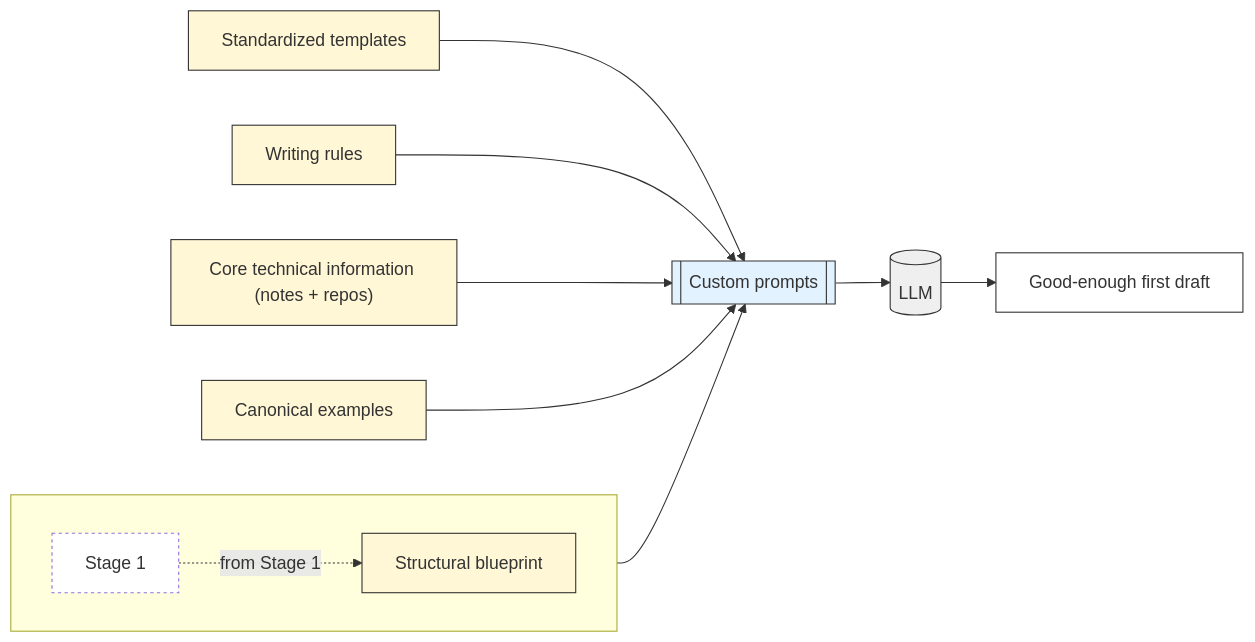
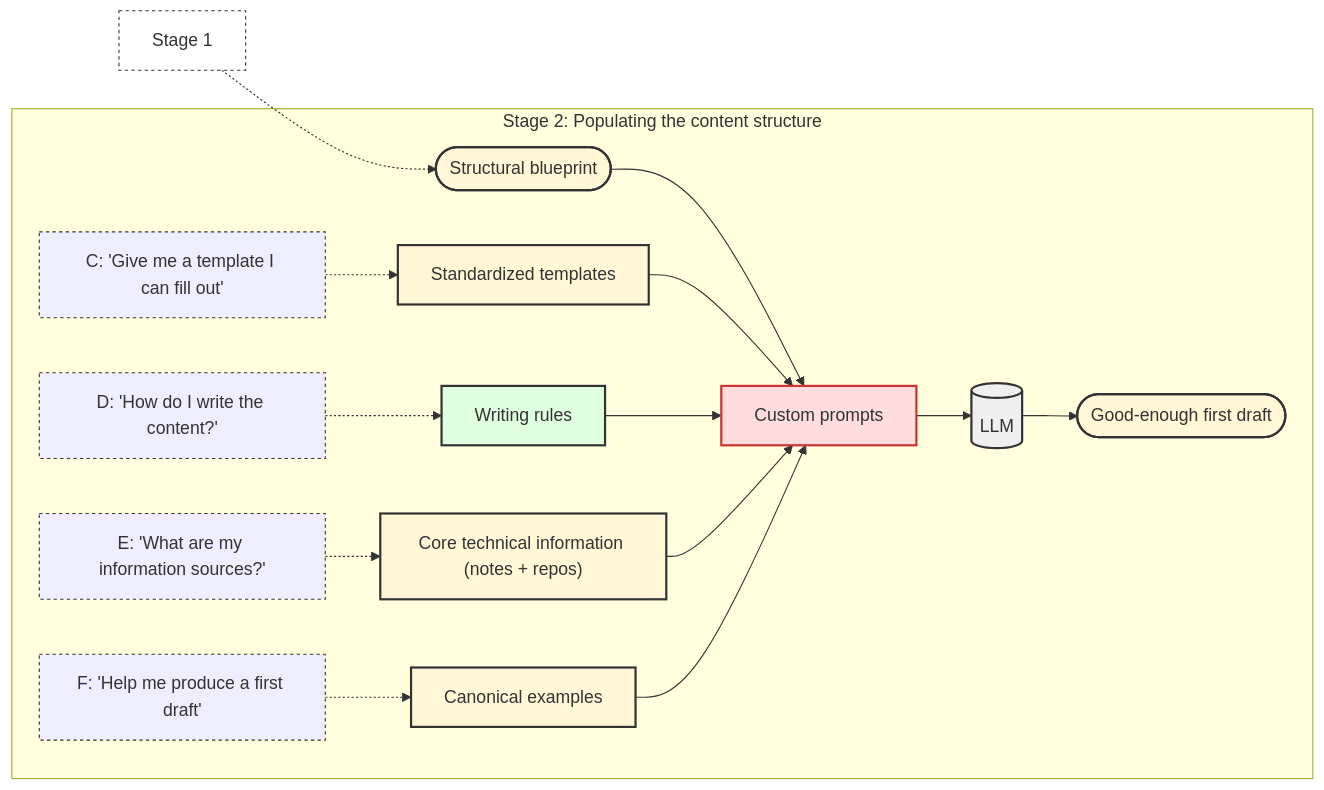
Before and after one commit to status-im/ift-docs: the second of 4 diagrams in docs-standards/00-end-to-end-documentation-guide.md, drawn with Mermaid. The commit also changed other lines of this file, not shown here.

Commit message:
(#44) content fixes and updates

````diff
--- a/docs-standards/00-end-to-end-documentation-guide.md
+++ b/docs-standards/00-end-to-end-documentation-guide.md
@@ -64,27 +75,29 @@
 ```mermaid
 flowchart LR
-%% Stage 2 (Populating the content structure)
+    subgraph Stage2["Stage 2: Populating the content structure"]
+        SB([Structural blueprint]):::artifact --> CP[Custom prompts]:::action
+        T["Standardized templates"]:::artifact --> CP
+        W["Writing rules"]:::tool --> CP
+        I["Core technical information (notes + repos)"]:::artifact --> CP
+        X["Canonical examples"]:::artifact --> CP
 
-subgraph S1[ ]
-  direction LR
-  Stage1[Stage&nbsp;1]:::stage
-  SB[Structural blueprint]:::artifact
-  Stage1 -. from Stage 1 .-> SB
-end
+        CP --> LLM[(LLM)]:::process --> GD([Good-enough first draft]):::artifact
 
-T["Standardized templates"]:::artifact --> CP
-W["Writing rules"]:::artifact --> CP
-I["Core technical information (notes&nbsp;+&nbsp;repos)"]:::artifact --> CP
-X["Canonical examples"]:::artifact --> CP
-SB --> CP
+        %% Supporting questions
+        TQ["C: 'Give me a template I can fill out'"]:::support -.-> T
+        WQ["D: 'How do I write the content?'"]:::support -.-> W
+        IQ["E: 'What are my information sources?'"]:::support -.-> I
+        XQ["F: 'Help me produce a first draft'"]:::support -.-> X
+    end
 
-CP[[Custom prompts]]:::prompt --> LLM
-LLM[(LLM)]:::process --> GD["Good-enough first draft"]:::output
+    %% Stage 1 shown outside with dashed connection
+    Stage1["Stage 1"]:::stage -.-> SB
 
-%% Styles
-classDef artifact fill:#FFF7D6,stroke:#333,stroke-width:1px;          %% pale yellow
-classDef prompt  fill:#E3F2FF,stroke:#333,stroke-width:1px;           %% pale blue, distinct shape
-classDef process fill:#EFEFEF,stroke:#333,stroke-width:1px;
-classDef output  fill:#FFFFFF,stroke:#333,stroke-width:1px;
-classDef stage   fill:#FFFFFF,stroke-dasharray:3 3,stroke:#777;       %% dotted outline for Stage 1 box
+    %% Styles
+    classDef artifact fill:#FFF7D6,stroke:#333,stroke-width:2px
+    classDef action fill:#fdd,stroke:#c33,stroke-width:2px
+    classDef process fill:#EFEFEF,stroke:#333,stroke-width:2px
+    classDef tool fill:#e0ffe0,stroke:#333,stroke-width:2px
+    classDef support fill:#eef,stroke:#333,stroke-dasharray:3 3
+    classDef stage fill:#fff,stroke:#333,stroke-dasharray:3 3
 ```
````
